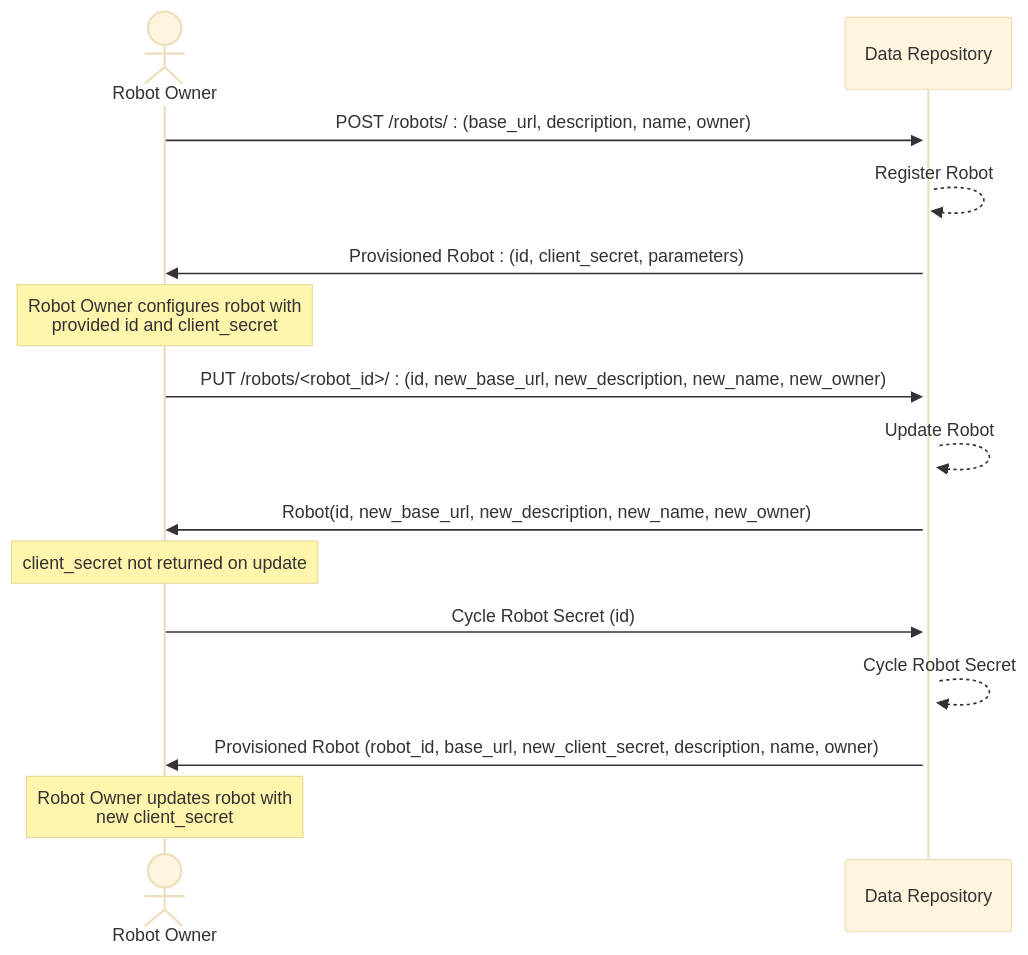
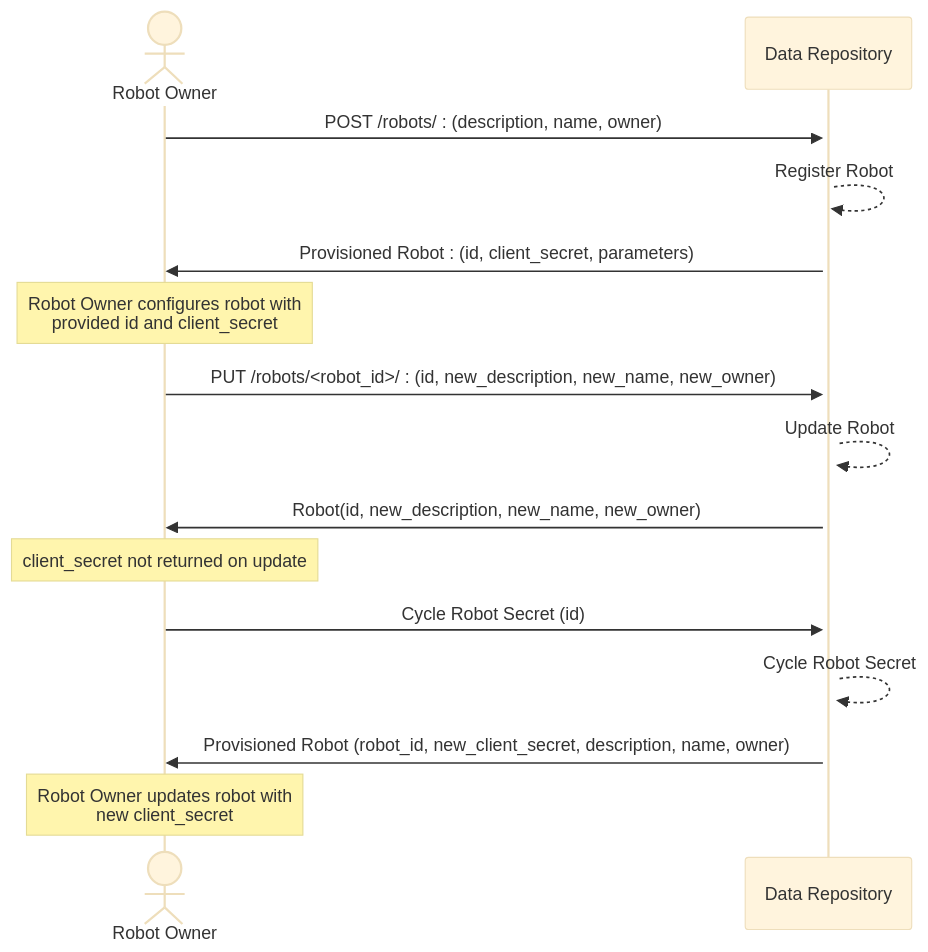
The diagram in docs/procedures/robot-registration.rst (destiny-evidence/destiny-repository), drawn with Mermaid (base theme) before and after one commit. The commit also changed 26 other files, not shown here.

Commit message:
removed base_url and robot dispatcher service

```diff
--- a/docs/procedures/robot-registration.rst
+++ b/docs/procedures/robot-registration.rst
@@ -8,21 +8,21 @@
 .. mermaid::
 
     sequenceDiagram
         Actor RO as Robot Owner
         participant DR as Data Repository
 
-        RO->>+DR: POST /robots/ : (base_url, description, name, owner)
+        RO->>+DR: POST /robots/ : (description, name, owner)
         DR-->>DR: Register Robot
         DR->>RO: Provisioned Robot : (id, client_secret, parameters)
         Note over RO: Robot Owner configures robot with <br>provided id and client_secret
 
-        RO->>+DR: PUT /robots/<robot_id>/ : (id, new_base_url, new_description, new_name, new_owner)
+        RO->>+DR: PUT /robots/<robot_id>/ : (id, new_description, new_name, new_owner)
         DR-->>DR: Update Robot
-        DR->>RO: Robot(id, new_base_url, new_description, new_name, new_owner)
+        DR->>RO: Robot(id, new_description, new_name, new_owner)
         Note over RO: client_secret not returned on update
 
 
         RO->>DR: Cycle Robot Secret (id)
         DR-->>DR: Cycle Robot Secret
-        DR->>RO: Provisioned Robot (robot_id, base_url, new_client_secret, description, name, owner)
+        DR->>RO: Provisioned Robot (robot_id, new_client_secret, description, name, owner)
         Note over RO: Robot Owner updates robot with <br>new client_secret
```
